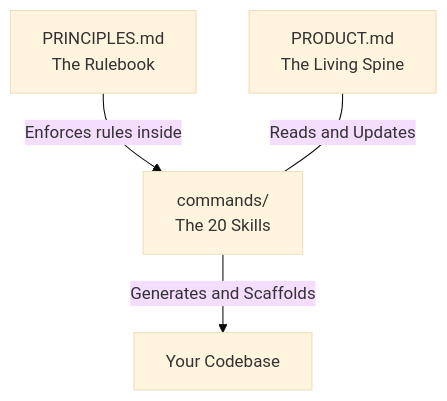
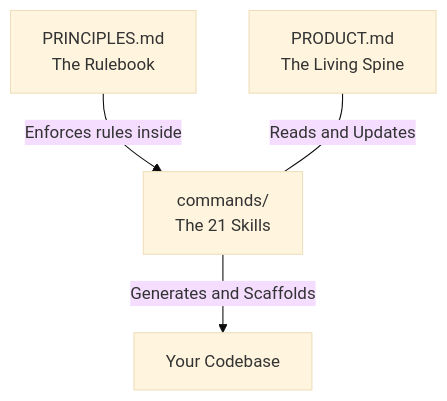
One commit to kish21/product-playbook changed the diagram in docs/diagrams/architecture.mmd. Above: the diagram before and after it, drawn with Mermaid (base theme). The commit also changed 11 other files, not shown here.

```diff
--- a/docs/diagrams/architecture.mmd
+++ b/docs/diagrams/architecture.mmd
@@ -1,4 +1,4 @@
 flowchart TD
-    A["PRINCIPLES.md<br/>The Rulebook"] -->|Enforces rules inside| C["commands/<br/>The 20 Skills"]
+    A["PRINCIPLES.md<br/>The Rulebook"] -->|Enforces rules inside| C["commands/<br/>The 21 Skills"]
     B["PRODUCT.md<br/>The Living Spine"] -- Reads and Updates --- C
     C -->|Generates and Scaffolds| D["Your Codebase"]
```
